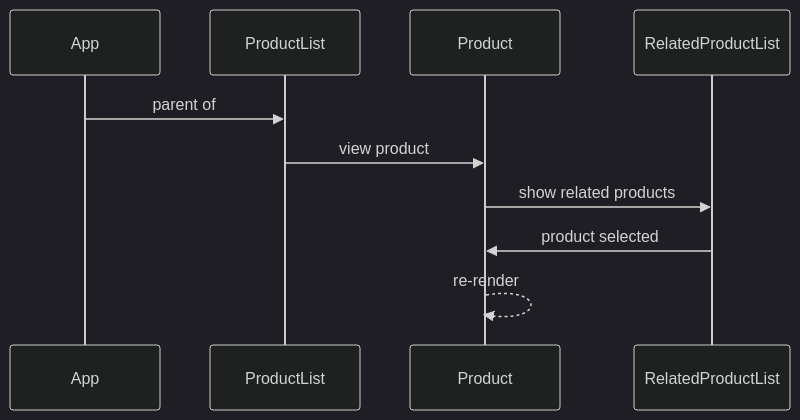
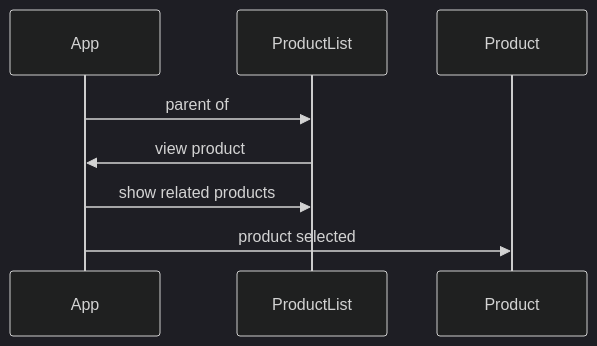
Before and after one commit to motendev/ui_coding_challenge: the first of 2 diagrams in README.md, drawn with Mermaid (dark theme). The commit also changed other lines of this file, not shown here.

````diff
--- a/README.md
+++ b/README.md
@@ -36,8 +33,7 @@
 ```mermaid
 	sequenceDiagram
-	App ->> ProductList: parent of
-	ProductList->>Product: view product
-	Product->>RelatedProductList: show related products
-	RelatedProductList->>Product: product selected
-	Product-->>Product: re-render
+	App->>ProductList: parent of
+	ProductList->>App: view product
+	App->>ProductList: show related products
+	App->>Product: product selected
 ```
````
